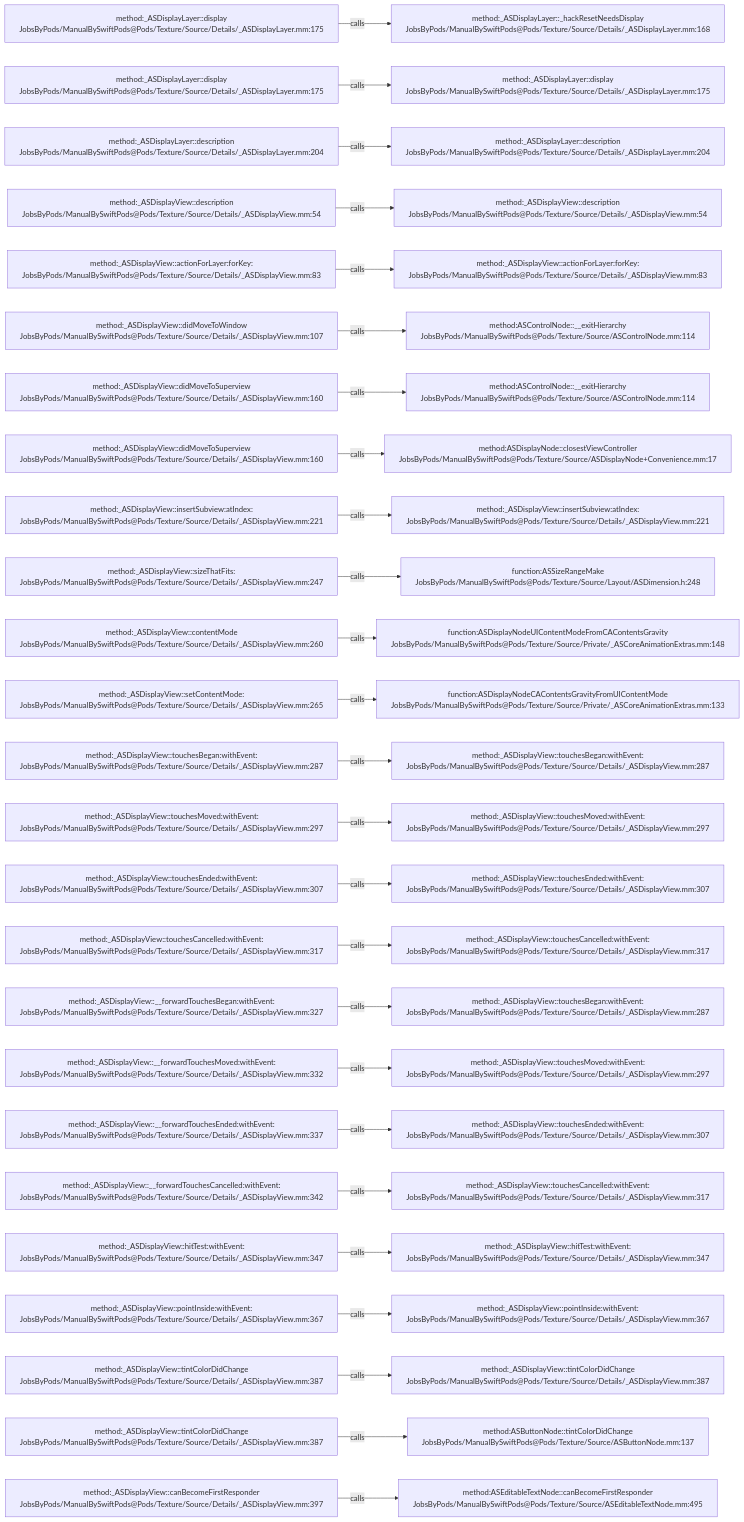
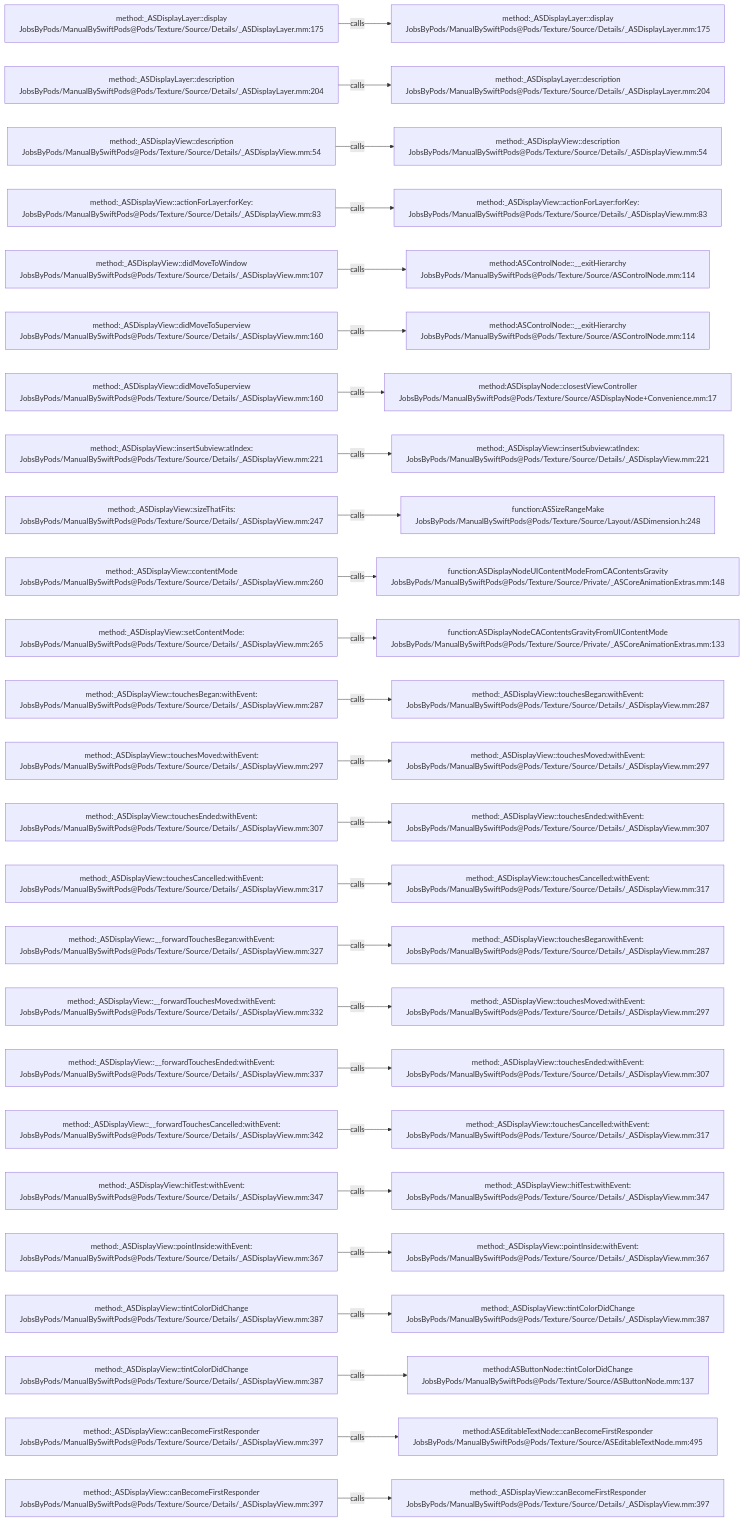
One commit to JobsKits/JobsSwiftBaseConfigDemo changed the diagram in .codegraph/codegraph.md/graphs/calls-102.md. Above: the diagram before and after it, drawn with Mermaid. The commit also changed 747 other files, not shown here.

````diff
--- a/.codegraph/codegraph.md/graphs/calls-102.md
+++ b/.codegraph/codegraph.md/graphs/calls-102.md
@@ -13,78 +13,78 @@
 ```mermaid
 flowchart LR
   S1["method:_ASDisplayLayer::display<br/>JobsByPods/ManualBySwiftPods@Pods/Texture/Source/Details/_ASDisplayLayer.mm:175"]
-  T1["method:_ASDisplayLayer::_hackResetNeedsDisplay<br/>JobsByPods/ManualBySwiftPods@Pods/Texture/Source/Details/_ASDisplayLayer.mm:168"]
+  T1["method:_ASDisplayLayer::display<br/>JobsByPods/ManualBySwiftPods@Pods/Texture/Source/Details/_ASDisplayLayer.mm:175"]
   S1 -->|calls| T1
-  S2["method:_ASDisplayLayer::display<br/>JobsByPods/ManualBySwiftPods@Pods/Texture/Source/Details/_ASDisplayLayer.mm:175"]
-  T2["method:_ASDisplayLayer::display<br/>JobsByPods/ManualBySwiftPods@Pods/Texture/Source/Details/_ASDisplayLayer.mm:175"]
+  S2["method:_ASDisplayLayer::description<br/>JobsByPods/ManualBySwiftPods@Pods/Texture/Source/Details/_ASDisplayLayer.mm:204"]
+  T2["method:_ASDisplayLayer::description<br/>JobsByPods/ManualBySwiftPods@Pods/Texture/Source/Details/_ASDisplayLayer.mm:204"]
   S2 -->|calls| T2
-  S3["method:_ASDisplayLayer::description<br/>JobsByPods/ManualBySwiftPods@Pods/Texture/Source/Details/_ASDisplayLayer.mm:204"]
-  T3["method:_ASDisplayLayer::description<br/>JobsByPods/ManualBySwiftPods@Pods/Texture/Source/Details/_ASDisplayLayer.mm:204"]
+  S3["method:_ASDisplayView::description<br/>JobsByPods/ManualBySwiftPods@Pods/Texture/Source/Details/_ASDisplayView.mm:54"]
+  T3["method:_ASDisplayView::description<br/>JobsByPods/ManualBySwiftPods@Pods/Texture/Source/Details/_ASDisplayView.mm:54"]
   S3 -->|calls| T3
-  S4["method:_ASDisplayView::description<br/>JobsByPods/ManualBySwiftPods@Pods/Texture/Source/Details/_ASDisplayView.mm:54"]
-  T4["method:_ASDisplayView::description<br/>JobsByPods/ManualBySwiftPods@Pods/Texture/Source/Details/_ASDisplayView.mm:54"]
+  S4["method:_ASDisplayView::actionForLayer:forKey:<br/>JobsByPods/ManualBySwiftPods@Pods/Texture/Source/Details/_ASDisplayView.mm:83"]
+  T4["method:_ASDisplayView::actionForLayer:forKey:<br/>JobsByPods/ManualBySwiftPods@Pods/Texture/Source/Details/_ASDisplayView.mm:83"]
   S4 -->|calls| T4
-  S5["method:_ASDisplayView::actionForLayer:forKey:<br/>JobsByPods/ManualBySwiftPods@Pods/Texture/Source/Details/_ASDisplayView.mm:83"]
-  T5["method:_ASDisplayView::actionForLayer:forKey:<br/>JobsByPods/ManualBySwiftPods@Pods/Texture/Source/Details/_ASDisplayView.mm:83"]
+  S5["method:_ASDisplayView::didMoveToWindow<br/>JobsByPods/ManualBySwiftPods@Pods/Texture/Source/Details/_ASDisplayView.mm:107"]
+  T5["method:ASControlNode::__exitHierarchy<br/>JobsByPods/ManualBySwiftPods@Pods/Texture/Source/ASControlNode.mm:114"]
   S5 -->|calls| T5
-  S6["method:_ASDisplayView::didMoveToWindow<br/>JobsByPods/ManualBySwiftPods@Pods/Texture/Source/Details/_ASDisplayView.mm:107"]
+  S6["method:_ASDisplayView::didMoveToSuperview<br/>JobsByPods/ManualBySwiftPods@Pods/Texture/Source/Details/_ASDisplayView.mm:160"]
   T6["method:ASControlNode::__exitHierarchy<br/>JobsByPods/ManualBySwiftPods@Pods/Texture/Source/ASControlNode.mm:114"]
   S6 -->|calls| T6
   S7["method:_ASDisplayView::didMoveToSuperview<br/>JobsByPods/ManualBySwiftPods@Pods/Texture/Source/Details/_ASDisplayView.mm:160"]
-  T7["method:ASControlNode::__exitHierarchy<br/>JobsByPods/ManualBySwiftPods@Pods/Texture/Source/ASControlNode.mm:114"]
+  T7["method:ASDisplayNode::closestViewController<br/>JobsByPods/ManualBySwiftPods@Pods/Texture/Source/ASDisplayNode+Convenience.mm:17"]
   S7 -->|calls| T7
-  S8["method:_ASDisplayView::didMoveToSuperview<br/>JobsByPods/ManualBySwiftPods@Pods/Texture/Source/Details/_ASDisplayView.mm:160"]
-  T8["method:ASDisplayNode::closestViewController<br/>JobsByPods/ManualBySwiftPods@Pods/Texture/Source/ASDisplayNode+Convenience.mm:17"]
+  S8["method:_ASDisplayView::insertSubview:atIndex:<br/>JobsByPods/ManualBySwiftPods@Pods/Texture/Source/Details/_ASDisplayView.mm:221"]
+  T8["method:_ASDisplayView::insertSubview:atIndex:<br/>JobsByPods/ManualBySwiftPods@Pods/Texture/Source/Details/_ASDisplayView.mm:221"]
   S8 -->|calls| T8
-  S9["method:_ASDisplayView::insertSubview:atIndex:<br/>JobsByPods/ManualBySwiftPods@Pods/Texture/Source/Details/_ASDisplayView.mm:221"]
-  T9["method:_ASDisplayView::insertSubview:atIndex:<br/>JobsByPods/ManualBySwiftPods@Pods/Texture/Source/Details/_ASDisplayView.mm:221"]
+  S9["method:_ASDisplayView::sizeThatFits:<br/>JobsByPods/ManualBySwiftPods@Pods/Texture/Source/Details/_ASDisplayView.mm:247"]
+  T9["function:ASSizeRangeMake<br/>JobsByPods/ManualBySwiftPods@Pods/Texture/Source/Layout/ASDimension.h:248"]
   S9 -->|calls| T9
-  S10["method:_ASDisplayView::sizeThatFits:<br/>JobsByPods/ManualBySwiftPods@Pods/Texture/Source/Details/_ASDisplayView.mm:247"]
-  T10["function:ASSizeRangeMake<br/>JobsByPods/ManualBySwiftPods@Pods/Texture/Source/Layout/ASDimension.h:248"]
+  S10["method:_ASDisplayView::contentMode<br/>JobsByPods/ManualBySwiftPods@Pods/Texture/Source/Details/_ASDisplayView.mm:260"]
+  T10["function:ASDisplayNodeUIContentModeFromCAContentsGravity<br/>JobsByPods/ManualBySwiftPods@Pods/Texture/Source/Private/_ASCoreAnimationExtras.mm:148"]
   S10 -->|calls| T10
-  S11["method:_ASDisplayView::contentMode<br/>JobsByPods/ManualBySwiftPods@Pods/Texture/Source/Details/_ASDisplayView.mm:260"]
-  T11["function:ASDisplayNodeUIContentModeFromCAContentsGravity<br/>JobsByPods/ManualBySwiftPods@Pods/Texture/Source/Private/_ASCoreAnimationExtras.mm:148"]
+  S11["method:_ASDisplayView::setContentMode:<br/>JobsByPods/ManualBySwiftPods@Pods/Texture/Source/Details/_ASDisplayView.mm:265"]
+  T11["function:ASDisplayNodeCAContentsGravityFromUIContentMode<br/>JobsByPods/ManualBySwiftPods@Pods/Texture/Source/Private/_ASCoreAnimationExtras.mm:133"]
   S11 -->|calls| T11
-  S12["method:_ASDisplayView::setContentMode:<br/>JobsByPods/ManualBySwiftPods@Pods/Texture/Source/Details/_ASDisplayView.mm:265"]
-  T12["function:ASDisplayNodeCAContentsGravityFromUIContentMode<br/>JobsByPods/ManualBySwiftPods@Pods/Texture/Source/Private/_ASCoreAnimationExtras.mm:133"]
+  S12["method:_ASDisplayView::touchesBegan:withEvent:<br/>JobsByPods/ManualBySwiftPods@Pods/Texture/Source/Details/_ASDisplayView.mm:287"]
+  T12["method:_ASDisplayView::touchesBegan:withEvent:<br/>JobsByPods/ManualBySwiftPods@Pods/Texture/Source/Details/_ASDisplayView.mm:287"]
   S12 -->|calls| T12
-  S13["method:_ASDisplayView::touchesBegan:withEvent:<br/>JobsByPods/ManualBySwiftPods@Pods/Texture/Source/Details/_ASDisplayView.mm:287"]
-  T13["method:_ASDisplayView::touchesBegan:withEvent:<br/>JobsByPods/ManualBySwiftPods@Pods/Texture/Source/Details/_ASDisplayView.mm:287"]
+  S13["method:_ASDisplayView::touchesMoved:withEvent:<br/>JobsByPods/ManualBySwiftPods@Pods/Texture/Source/Details/_ASDisplayView.mm:297"]
+  T13["method:_ASDisplayView::touchesMoved:withEvent:<br/>JobsByPods/ManualBySwiftPods@Pods/Texture/Source/Details/_ASDisplayView.mm:297"]
   S13 -->|calls| T13
-  S14["method:_ASDisplayView::touchesMoved:withEvent:<br/>JobsByPods/ManualBySwiftPods@Pods/Texture/Source/Details/_ASDisplayView.mm:297"]
-  T14["method:_ASDisplayView::touchesMoved:withEvent:<br/>JobsByPods/ManualBySwiftPods@Pods/Texture/Source/Details/_ASDisplayView.mm:297"]
+  S14["method:_ASDisplayView::touchesEnded:withEvent:<br/>JobsByPods/ManualBySwiftPods@Pods/Texture/Source/Details/_ASDisplayView.mm:307"]
+  T14["method:_ASDisplayView::touchesEnded:withEvent:<br/>JobsByPods/ManualBySwiftPods@Pods/Texture/Source/Details/_ASDisplayView.mm:307"]
   S14 -->|calls| T14
-  S15["method:_ASDisplayView::touchesEnded:withEvent:<br/>JobsByPods/ManualBySwiftPods@Pods/Texture/Source/Details/_ASDisplayView.mm:307"]
-  T15["method:_ASDisplayView::touchesEnded:withEvent:<br/>JobsByPods/ManualBySwiftPods@Pods/Texture/Source/Details/_ASDisplayView.mm:307"]
+  S15["method:_ASDisplayView::touchesCancelled:withEvent:<br/>JobsByPods/ManualBySwiftPods@Pods/Texture/Source/Details/_ASDisplayView.mm:317"]
+  T15["method:_ASDisplayView::touchesCancelled:withEvent:<br/>JobsByPods/ManualBySwiftPods@Pods/Texture/Source/Details/_ASDisplayView.mm:317"]
   S15 -->|calls| T15
-  S16["method:_ASDisplayView::touchesCancelled:withEvent:<br/>JobsByPods/ManualBySwiftPods@Pods/Texture/Source/Details/_ASDisplayView.mm:317"]
-  T16["method:_ASDisplayView::touchesCancelled:withEvent:<br/>JobsByPods/ManualBySwiftPods@Pods/Texture/Source/Details/_ASDisplayView.mm:317"]
+  S16["method:_ASDisplayView::__forwardTouchesBegan:withEvent:<br/>JobsByPods/ManualBySwiftPods@Pods/Texture/Source/Details/_ASDisplayView.mm:327"]
+  T16["method:_ASDisplayView::touchesBegan:withEvent:<br/>JobsByPods/ManualBySwiftPods@Pods/Texture/Source/Details/_ASDisplayView.mm:287"]
   S16 -->|calls| T16
-  S17["method:_ASDisplayView::__forwardTouchesBegan:withEvent:<br/>JobsByPods/ManualBySwiftPods@Pods/Texture/Source/Details/_ASDisplayView.mm:327"]
-  T17["method:_ASDisplayView::touchesBegan:withEvent:<br/>JobsByPods/ManualBySwiftPods@Pods/Texture/Source/Details/_ASDisplayView.mm:287"]
+  S17["method:_ASDisplayView::__forwardTouchesMoved:withEvent:<br/>JobsByPods/ManualBySwiftPods@Pods/Texture/Source/Details/_ASDisplayView.mm:332"]
+  T17["method:_ASDisplayView::touchesMoved:withEvent:<br/>JobsByPods/ManualBySwiftPods@Pods/Texture/Source/Details/_ASDisplayView.mm:297"]
   S17 -->|calls| T17
-  S18["method:_ASDisplayView::__forwardTouchesMoved:withEvent:<br/>JobsByPods/ManualBySwiftPods@Pods/Texture/Source/Details/_ASDisplayView.mm:332"]
-  T18["method:_ASDisplayView::touchesMoved:withEvent:<br/>JobsByPods/ManualBySwiftPods@Pods/Texture/Source/Details/_ASDisplayView.mm:297"]
+  S18["method:_ASDisplayView::__forwardTouchesEnded:withEvent:<br/>JobsByPods/ManualBySwiftPods@Pods/Texture/Source/Details/_ASDisplayView.mm:337"]
+  T18["method:_ASDisplayView::touchesEnded:withEvent:<br/>JobsByPods/ManualBySwiftPods@Pods/Texture/Source/Details/_ASDisplayView.mm:307"]
   S18 -->|calls| T18
-  S19["method:_ASDisplayView::__forwardTouchesEnded:withEvent:<br/>JobsByPods/ManualBySwiftPods@Pods/Texture/Source/Details/_ASDisplayView.mm:337"]
-  T19["method:_ASDisplayView::touchesEnded:withEvent:<br/>JobsByPods/ManualBySwiftPods@Pods/Texture/Source/Details/_ASDisplayView.mm:307"]
+  S19["method:_ASDisplayView::__forwardTouchesCancelled:withEvent:<br/>JobsByPods/ManualBySwiftPods@Pods/Texture/Source/Details/_ASDisplayView.mm:342"]
+  T19["method:_ASDisplayView::touchesCancelled:withEvent:<br/>JobsByPods/ManualBySwiftPods@Pods/Texture/Source/Details/_ASDisplayView.mm:317"]
   S19 -->|calls| T19
-  S20["method:_ASDisplayView::__forwardTouchesCancelled:withEvent:<br/>JobsByPods/ManualBySwiftPods@Pods/Texture/Source/Details/_ASDisplayView.mm:342"]
-  T20["method:_ASDisplayView::touchesCancelled:withEvent:<br/>JobsByPods/ManualBySwiftPods@Pods/Texture/Source/Details/_ASDisplayView.mm:317"]
+  S20["method:_ASDisplayView::hitTest:withEvent:<br/>JobsByPods/ManualBySwiftPods@Pods/Texture/Source/Details/_ASDisplayView.mm:347"]
+  T20["method:_ASDisplayView::hitTest:withEvent:<br/>JobsByPods/ManualBySwiftPods@Pods/Texture/Source/Details/_ASDisplayView.mm:347"]
   S20 -->|calls| T20
-  S21["method:_ASDisplayView::hitTest:withEvent:<br/>JobsByPods/ManualBySwiftPods@Pods/Texture/Source/Details/_ASDisplayView.mm:347"]
-  T21["method:_ASDisplayView::hitTest:withEvent:<br/>JobsByPods/ManualBySwiftPods@Pods/Texture/Source/Details/_ASDisplayView.mm:347"]
+  S21["method:_ASDisplayView::pointInside:withEvent:<br/>JobsByPods/ManualBySwiftPods@Pods/Texture/Source/Details/_ASDisplayView.mm:367"]
+  T21["method:_ASDisplayView::pointInside:withEvent:<br/>JobsByPods/ManualBySwiftPods@Pods/Texture/Source/Details/_ASDisplayView.mm:367"]
   S21 -->|calls| T21
-  S22["method:_ASDisplayView::pointInside:withEvent:<br/>JobsByPods/ManualBySwiftPods@Pods/Texture/Source/Details/_ASDisplayView.mm:367"]
-  T22["method:_ASDisplayView::pointInside:withEvent:<br/>JobsByPods/ManualBySwiftPods@Pods/Texture/Source/Details/_ASDisplayView.mm:367"]
+  S22["method:_ASDisplayView::tintColorDidChange<br/>JobsByPods/ManualBySwiftPods@Pods/Texture/Source/Details/_ASDisplayView.mm:387"]
+  T22["method:_ASDisplayView::tintColorDidChange<br/>JobsByPods/ManualBySwiftPods@Pods/Texture/Source/Details/_ASDisplayView.mm:387"]
   S22 -->|calls| T22
   S23["method:_ASDisplayView::tintColorDidChange<br/>JobsByPods/ManualBySwiftPods@Pods/Texture/Source/Details/_ASDisplayView.mm:387"]
-  T23["method:_ASDisplayView::tintColorDidChange<br/>JobsByPods/ManualBySwiftPods@Pods/Texture/Source/Details/_ASDisplayView.mm:387"]
+  T23["method:ASButtonNode::tintColorDidChange<br/>JobsByPods/ManualBySwiftPods@Pods/Texture/Source/ASButtonNode.mm:137"]
   S23 -->|calls| T23
-  S24["method:_ASDisplayView::tintColorDidChange<br/>JobsByPods/ManualBySwiftPods@Pods/Texture/Source/Details/_ASDisplayView.mm:387"]
-  T24["method:ASButtonNode::tintColorDidChange<br/>JobsByPods/ManualBySwiftPods@Pods/Texture/Source/ASButtonNode.mm:137"]
+  S24["method:_ASDisplayView::canBecomeFirstResponder<br/>JobsByPods/ManualBySwiftPods@Pods/Texture/Source/Details/_ASDisplayView.mm:397"]
+  T24["method:ASEditableTextNode::canBecomeFirstResponder<br/>JobsByPods/ManualBySwiftPods@Pods/Texture/Source/ASEditableTextNode.mm:495"]
   S24 -->|calls| T24
   S25["method:_ASDisplayView::canBecomeFirstResponder<br/>JobsByPods/ManualBySwiftPods@Pods/Texture/Source/Details/_ASDisplayView.mm:397"]
-  T25["method:ASEditableTextNode::canBecomeFirstResponder<br/>JobsByPods/ManualBySwiftPods@Pods/Texture/Source/ASEditableTextNode.mm:495"]
+  T25["method:_ASDisplayView::canBecomeFirstResponder<br/>JobsByPods/ManualBySwiftPods@Pods/Texture/Source/Details/_ASDisplayView.mm:397"]
   S25 -->|calls| T25
 ```
````
